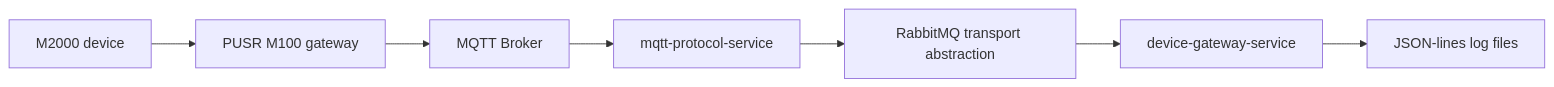
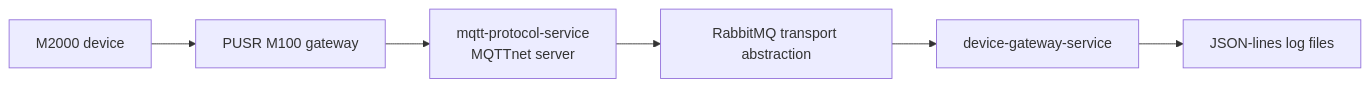
Before and after one commit to kme-solution/SignalEye: the diagram in docs/03-architecture.md, drawn with Mermaid. The commit also changed other lines of this file and 15 other files, not shown here.

Commit message:
refact: Use built in MQTT Server.

````diff
--- a/docs/03-architecture.md
+++ b/docs/03-architecture.md
@@ -5,9 +5,8 @@
 ```mermaid
 flowchart LR
     M2000[M2000 device] --> PUSR[PUSR M100 gateway]
-    PUSR --> Broker[MQTT Broker]
-    Broker --> MQTT[mqtt-protocol-service]
+    PUSR --> MQTT[mqtt-protocol-service<br/>MQTTnet server]
     MQTT --> Transport[RabbitMQ transport abstraction]
     Transport --> Gateway[device-gateway-service]
     Gateway --> Logs[JSON-lines log files]
 ```
````
